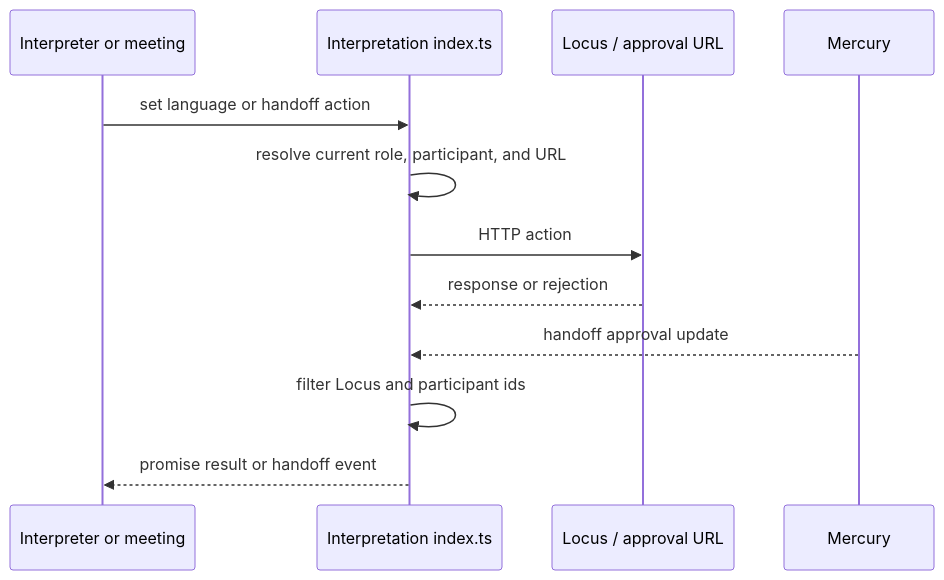
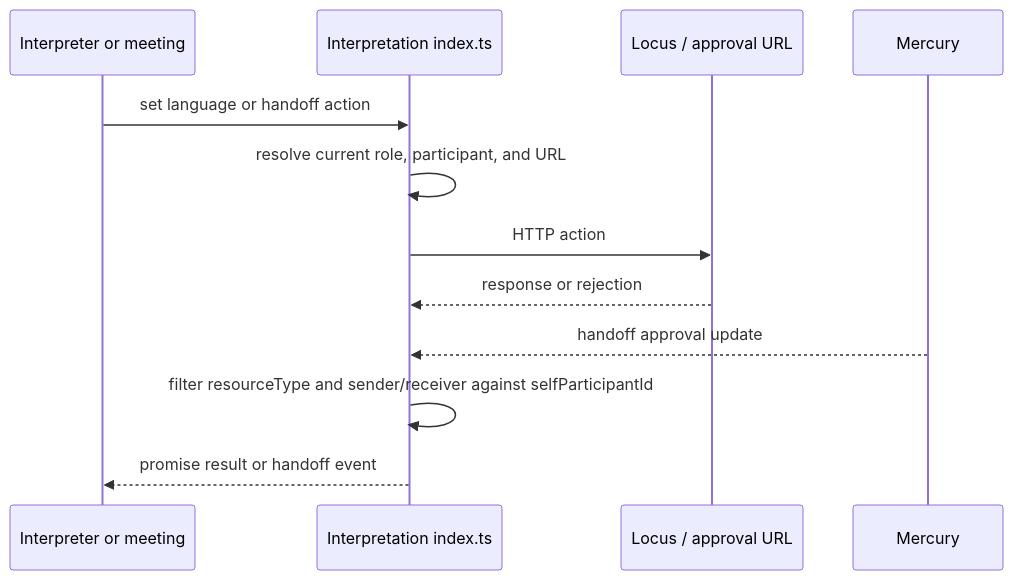
The second of 5 diagrams in packages/@webex/plugin-meetings/src/interpretation/ai-docs/interpretation-spec.md (webex/webex-js-sdk), drawn with Mermaid before and after one commit. The commit also changed other lines of this file and 24 other files, not shown here.

````diff
--- a/packages/@webex/plugin-meetings/src/interpretation/ai-docs/interpretation-spec.md
+++ b/packages/@webex/plugin-meetings/src/interpretation/ai-docs/interpretation-spec.md
@@ -124,14 +139,14 @@
 ```mermaid
 sequenceDiagram
   participant C as Interpreter or meeting
   participant I as Interpretation index.ts
   participant H as Locus / approval URL
   participant M as Mercury
   C->>I: set language or handoff action
   I->>I: resolve current role, participant, and URL
   I->>H: HTTP action
   H-->>I: response or rejection
   M-->>I: handoff approval update
-  I->>I: filter Locus and participant ids
+  I->>I: filter resourceType and sender/receiver against selfParticipantId
   I-->>C: promise result or handoff event
 ```
````
